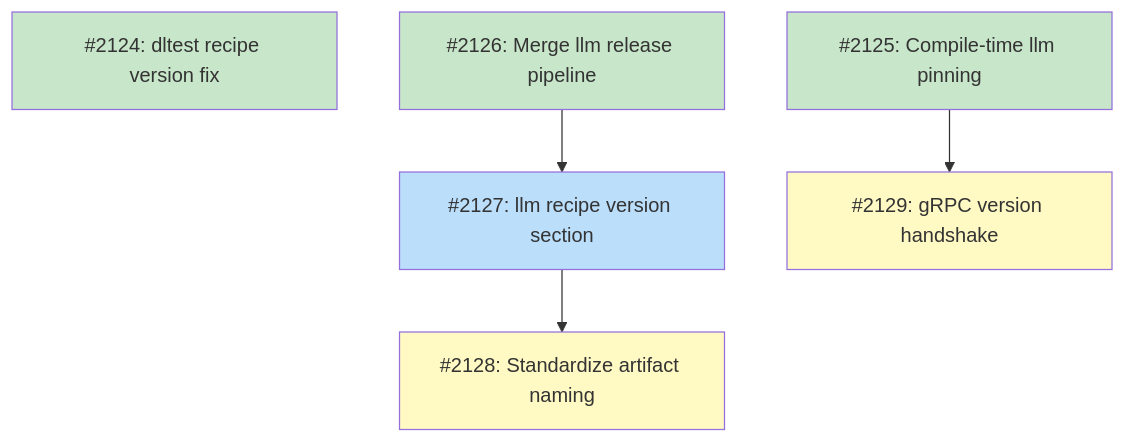
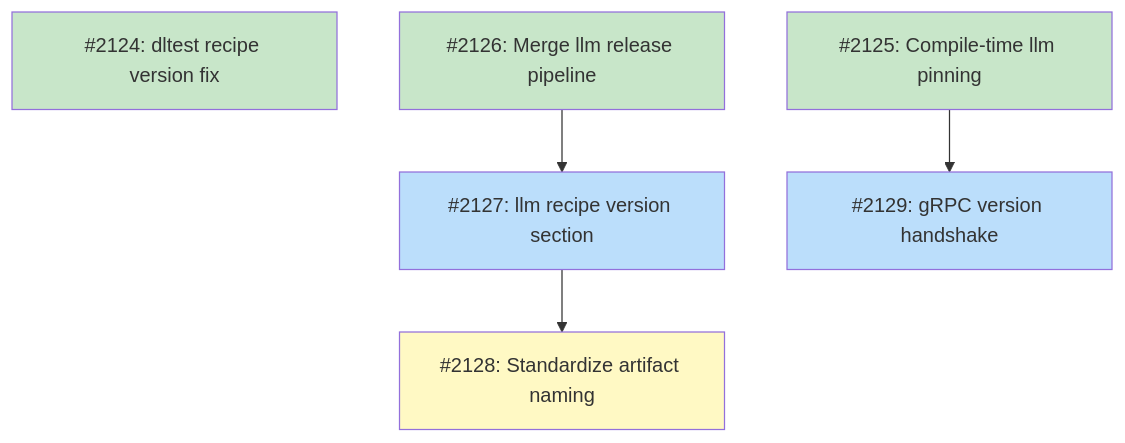
The diagram in docs/designs/DESIGN-unified-release-versioning.md (tsukumogami/tsuku), drawn with Mermaid before and after one commit.

Commit message:
fix(docs): correct diagram class for issue 2129
Issue #2125 (its blocker) is already closed, so #2129 should be
'ready' not 'blocked'. Fixes MM17 validation.

````diff
--- a/docs/designs/DESIGN-unified-release-versioning.md
+++ b/docs/designs/DESIGN-unified-release-versioning.md
@@ -286,21 +286,21 @@
 ```mermaid
 graph TD
     I2124["#2124: dltest recipe version fix"]
     I2125["#2125: Compile-time llm pinning"]
     I2126["#2126: Merge llm release pipeline"]
     I2127["#2127: llm recipe version section"]
     I2128["#2128: Standardize artifact naming"]
     I2129["#2129: gRPC version handshake"]
 
     I2126 --> I2127
     I2127 --> I2128
     I2125 --> I2129
 
     classDef done fill:#c8e6c9
     classDef ready fill:#bbdefb
     classDef blocked fill:#fff9c4
 
     class I2124,I2125,I2126 done
-    class I2127 ready
-    class I2128,I2129 blocked
+    class I2127,I2129 ready
+    class I2128 blocked
 ```
````
